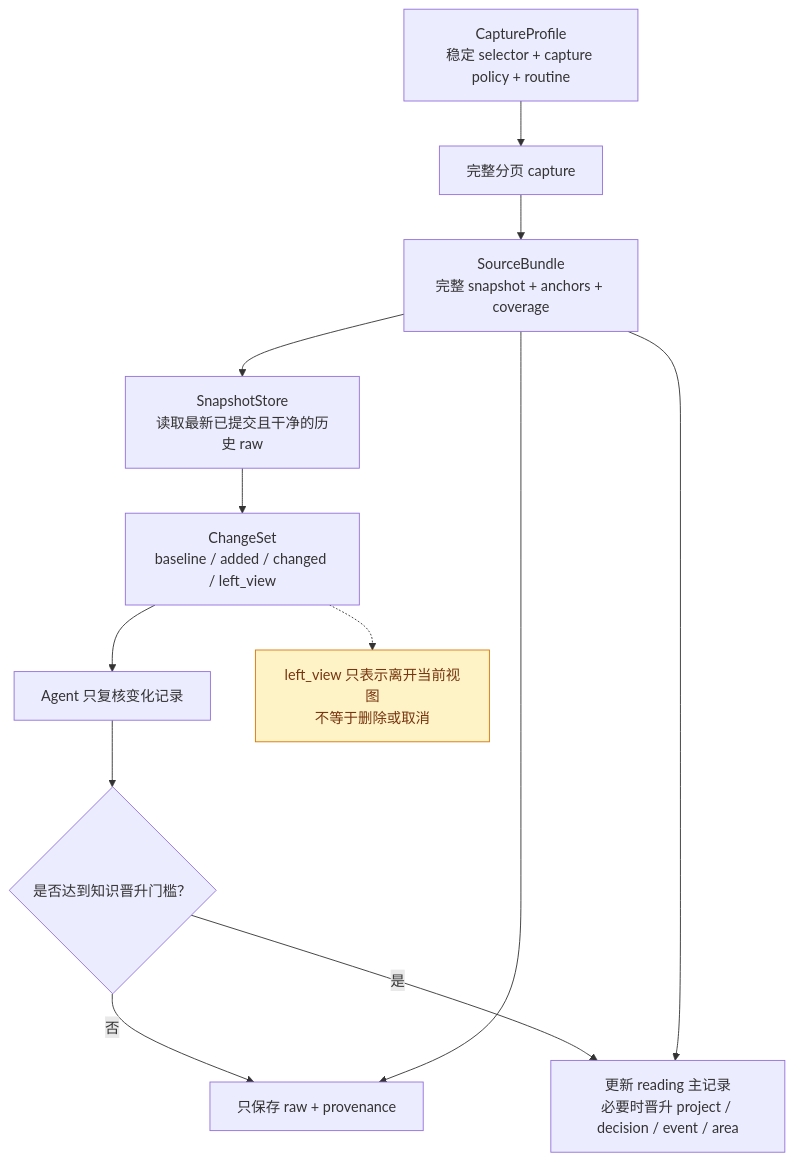
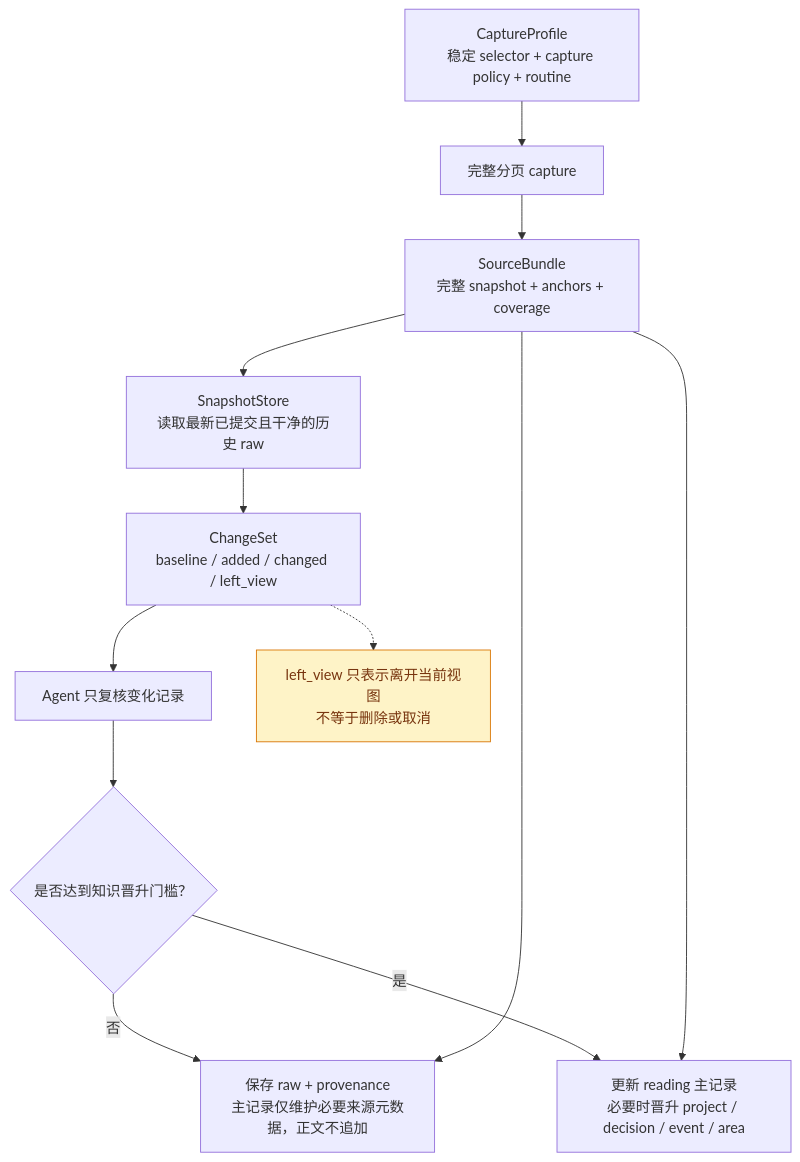
The seventh of 19 diagrams in docs/development/ARCHITECTURE.md (ranjiao/byteworker), drawn with Mermaid before and after one commit. The commit also changed other lines of this file and 21 other files, not shown here.

````diff
--- a/docs/development/ARCHITECTURE.md
+++ b/docs/development/ARCHITECTURE.md
@@ -310,24 +315,24 @@
 ```mermaid
 flowchart TD
     P["CaptureProfile<br/>稳定 selector + capture policy + routine"]
     C["完整分页 capture"]
     B["SourceBundle<br/>完整 snapshot + anchors + coverage"]
     S["SnapshotStore<br/>读取最新已提交且干净的历史 raw"]
     D["ChangeSet<br/>baseline / added / changed / left_view"]
     A["Agent 只复核变化记录"]
     G{"是否达到知识晋升门槛？"}
-    R["只保存 raw + provenance"]
+    R["保存 raw + provenance<br/>主记录仅维护必要来源元数据，正文不追加"]
     N["更新 reading 主记录<br/>必要时晋升 project / decision / event / area"]
 
     P --> C --> B
     B --> S --> D --> A --> G
     G -->|"否"| R
     G -->|"是"| N
     B --> R
     B --> N
 
     L["left_view 只表示离开当前视图<br/>不等于删除或取消"]:::warn
     D -.-> L
 
     classDef warn fill:#fef3c7,stroke:#d97706,color:#78350f
 ```
````
